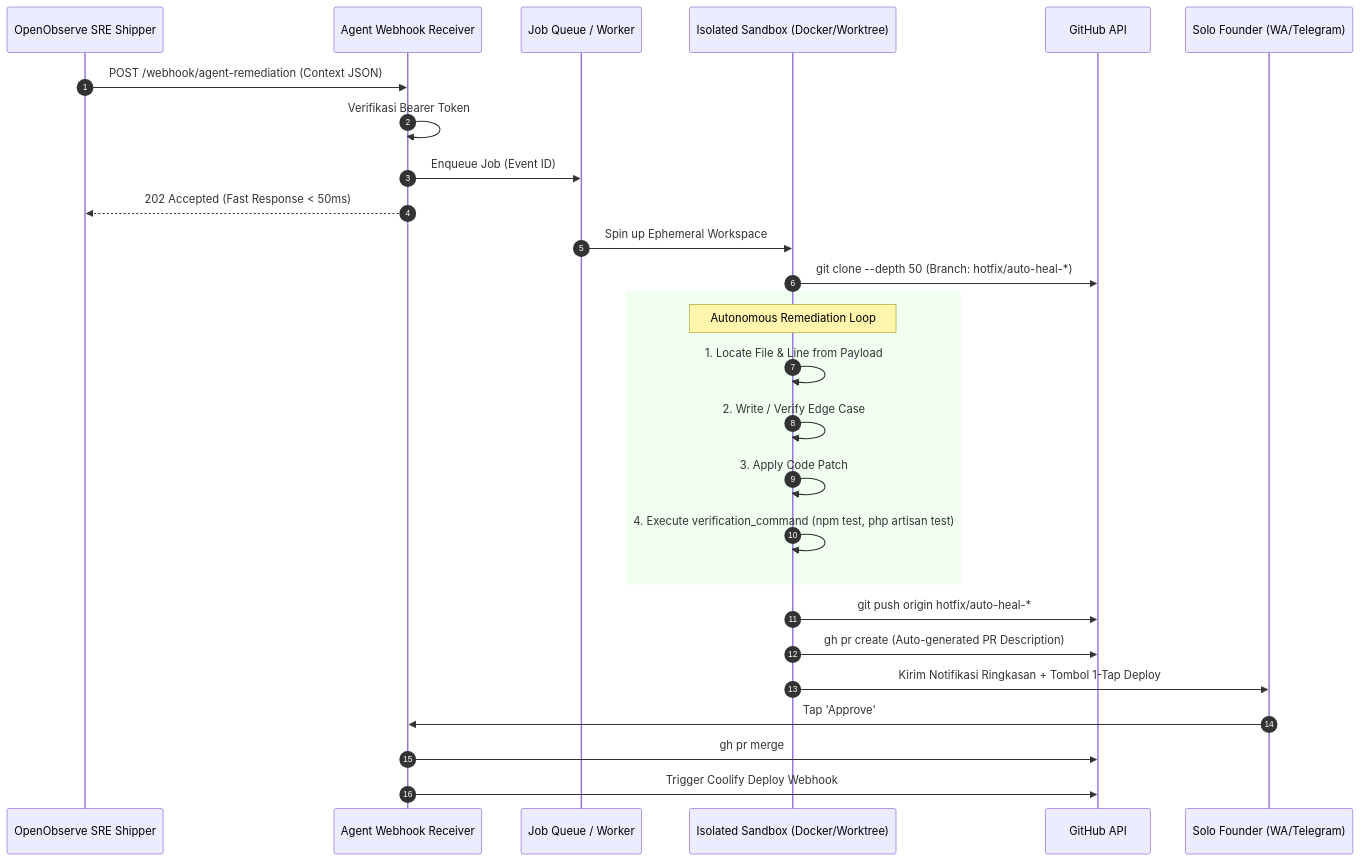
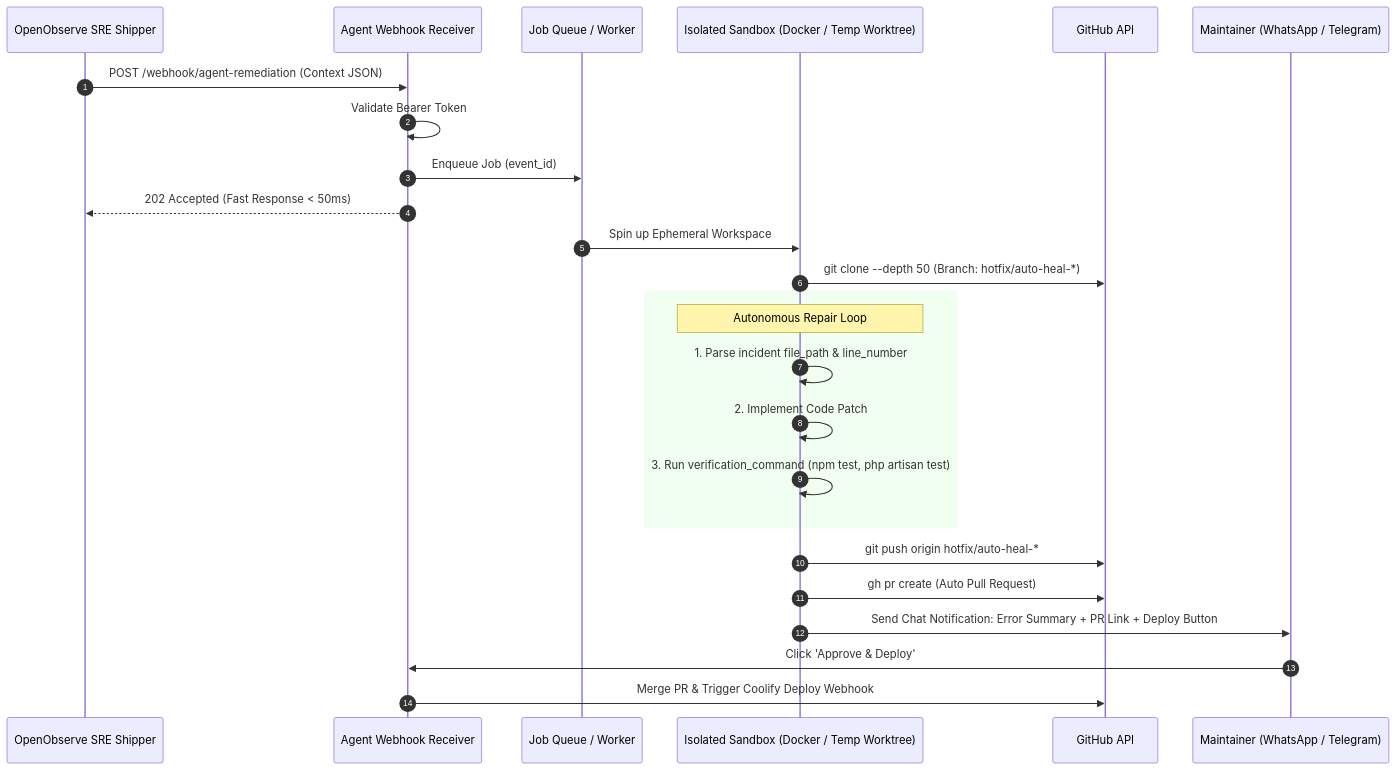
Before and after one commit to ihkaru/openobserve-sre: the diagram in docs/AGENT_ENVIRONMENT_SETUP.md, drawn with Mermaid. The commit also changed other lines of this file and 4 other files, not shown here.

````diff
--- a/docs/AGENT_ENVIRONMENT_SETUP.md
+++ b/docs/AGENT_ENVIRONMENT_SETUP.md
@@ -11,33 +11,31 @@
 ```mermaid
 sequenceDiagram
     autonumber
     participant SRE as OpenObserve SRE Shipper
     participant Recv as Agent Webhook Receiver
     participant Queue as Job Queue / Worker
-    participant Sandbox as Isolated Sandbox (Docker/Worktree)
+    participant Sandbox as Isolated Sandbox (Docker / Temp Worktree)
     participant GH as GitHub API
-    participant Solo as Solo Founder (WA/Telegram)
+    participant Maintainer as Maintainer (WhatsApp / Telegram)
 
     SRE->>Recv: POST /webhook/agent-remediation (Context JSON)
-    Recv->>Recv: Verifikasi Bearer Token
-    Recv->>Queue: Enqueue Job (Event ID)
+    Recv->>Recv: Validate Bearer Token
+    Recv->>Queue: Enqueue Job (event_id)
     Recv-->>SRE: 202 Accepted (Fast Response < 50ms)
 
     Queue->>Sandbox: Spin up Ephemeral Workspace
     Sandbox->>GH: git clone --depth 50 (Branch: hotfix/auto-heal-*)
     
     rect rgb(240, 255, 240)
-        note over Sandbox: Autonomous Remediation Loop
-        Sandbox->>Sandbox: 1. Locate File & Line from Payload
-        Sandbox->>Sandbox: 2. Write / Verify Edge Case
-        Sandbox->>Sandbox: 3. Apply Code Patch
-        Sandbox->>Sandbox: 4. Execute verification_command (npm test, php artisan test)
+        note over Sandbox: Autonomous Repair Loop
+        Sandbox->>Sandbox: 1. Parse incident file_path & line_number
+        Sandbox->>Sandbox: 2. Implement Code Patch
+        Sandbox->>Sandbox: 3. Run verification_command (npm test, php artisan test)
     end
 
     Sandbox->>GH: git push origin hotfix/auto-heal-*
-    Sandbox->>GH: gh pr create (Auto-generated PR Description)
-    Sandbox->>Solo: Kirim Notifikasi Ringkasan + Tombol 1-Tap Deploy
-    Solo->>Recv: Tap 'Approve'
-    Recv->>GH: gh pr merge
-    Recv->>GH: Trigger Coolify Deploy Webhook
+    Sandbox->>GH: gh pr create (Auto Pull Request)
+    Sandbox->>Maintainer: Send Chat Notification: Error Summary + PR Link + Deploy Button
+    Maintainer->>Recv: Click 'Approve & Deploy'
+    Recv->>GH: Merge PR & Trigger Coolify Deploy Webhook
 ```
````
